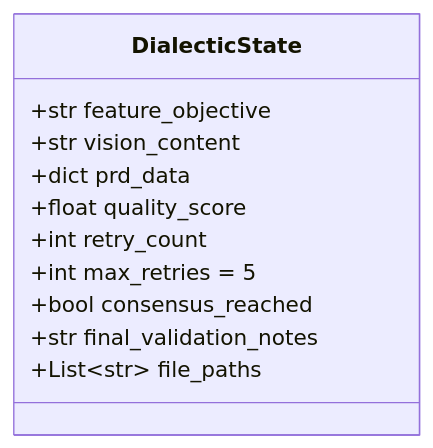
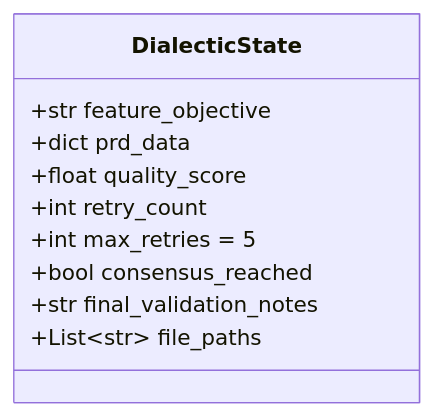
One commit to darthlinuxer/dialectic-crew-ai changed the third of 4 diagrams in docs/schemas.md. Above: the diagram before and after it, drawn with Mermaid. The commit also changed other lines of this file and 9 other files, not shown here.

````diff
--- a/docs/schemas.md
+++ b/docs/schemas.md
@@ -295,14 +295,13 @@
 ```mermaid
 classDiagram
     class DialecticState {
         +str feature_objective
-        +str vision_content
         +dict prd_data
         +float quality_score
         +int retry_count
         +int max_retries = 5
         +bool consensus_reached
         +str final_validation_notes
         +List~str~ file_paths
     }
 ```
````
